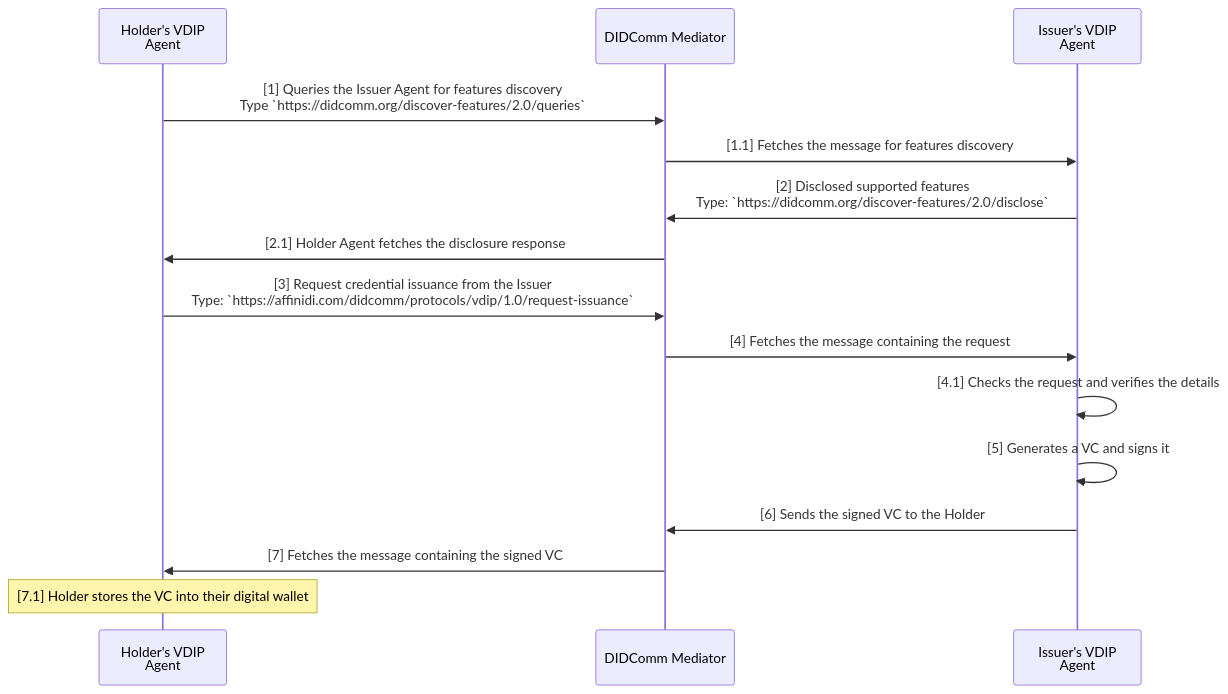
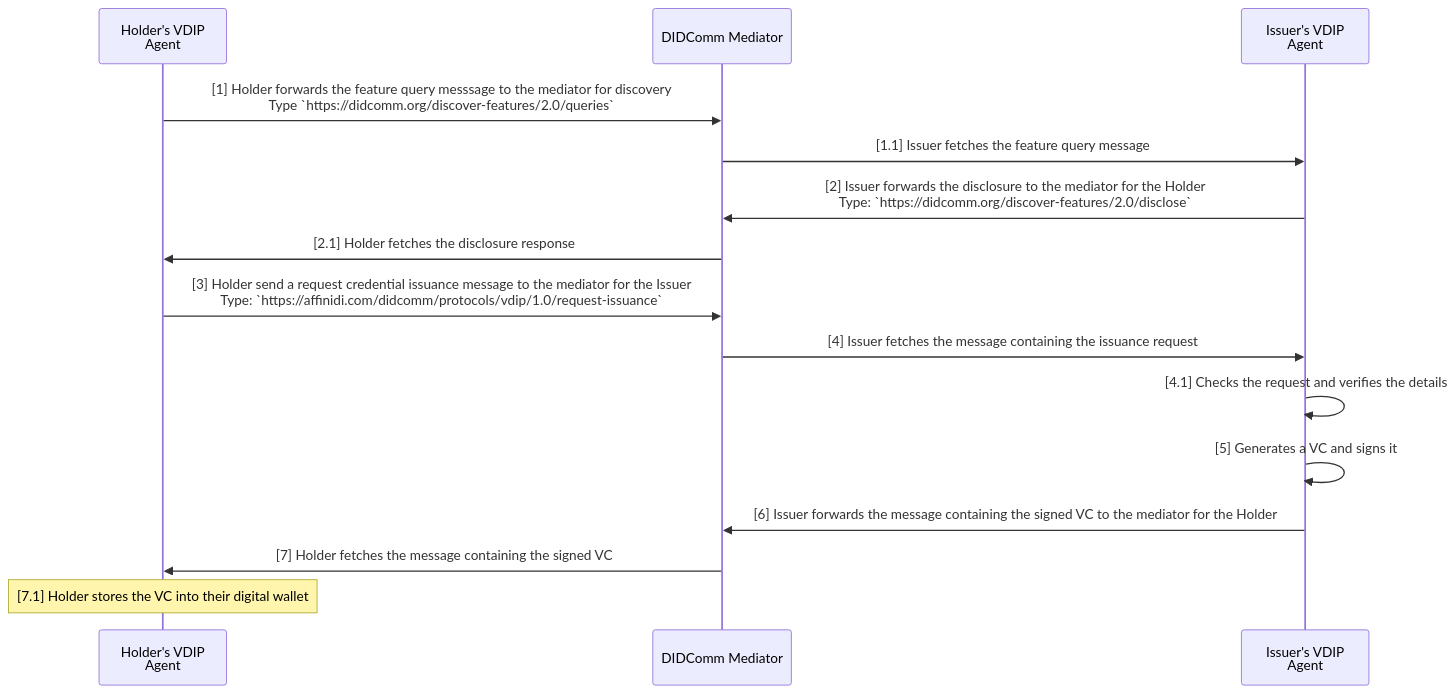
One commit to affinidi/affinidi-tdk changed the diagram in libs/dart/didcomm/vdip/PROTOCOLS.md. Above: the diagram before and after it, drawn with Mermaid. The commit also changed 1 other file, not shown here.

Commit message:
docs: updated diagram arrow labels

````diff
--- a/libs/dart/didcomm/vdip/PROTOCOLS.md
+++ b/libs/dart/didcomm/vdip/PROTOCOLS.md
@@ -65,19 +65,19 @@
 ```mermaid
 sequenceDiagram
     participant HVDIP as Holder's VDIP<br />Agent
     participant DM as DIDComm Mediator
     participant IVDIP as Issuer's VDIP<br />Agent
     
-    HVDIP->>DM: [1] Queries the Issuer Agent for features discovery<br />Type `https://didcomm.org/discover-features/2.0/queries`
-    DM->>IVDIP: [1.1] Fetches the message for features discovery
-    IVDIP->>DM: [2] Disclosed supported features<br />Type: `https://didcomm.org/discover-features/2.0/disclose`
-    DM->>HVDIP: [2.1] Holder Agent fetches the disclosure response
-    HVDIP->>DM: [3] Request credential issuance from the Issuer<br />Type: `https://affinidi.com/didcomm/protocols/vdip/1.0/request-issuance`
-    DM->>IVDIP: [4] Fetches the message containing the request
+    HVDIP->>DM: [1] Holder forwards the feature query messsage to the mediator for discovery<br />Type `https://didcomm.org/discover-features/2.0/queries`
+    DM->>IVDIP: [1.1] Issuer fetches the feature query message
+    IVDIP->>DM: [2] Issuer forwards the disclosure to the mediator for the Holder<br />Type: `https://didcomm.org/discover-features/2.0/disclose`
+    DM->>HVDIP: [2.1] Holder fetches the disclosure response
+    HVDIP->>DM: [3] Holder send a request credential issuance message to the mediator for the Issuer<br />Type: `https://affinidi.com/didcomm/protocols/vdip/1.0/request-issuance`
+    DM->>IVDIP: [4] Issuer fetches the message containing the issuance request
     IVDIP->>IVDIP: [4.1] Checks the request and verifies the details
     IVDIP->>IVDIP: [5] Generates a VC and signs it
-    IVDIP->>DM: [6] Sends the signed VC to the Holder
-    DM->>HVDIP: [7] Fetches the message containing the signed VC
+    IVDIP->>DM: [6] Issuer forwards the message containing the signed VC to the mediator for the Holder
+    DM->>HVDIP: [7] Holder fetches the message containing the signed VC
     Note over HVDIP: [7.1] Holder stores the VC into their digital wallet
 
 ```
````
